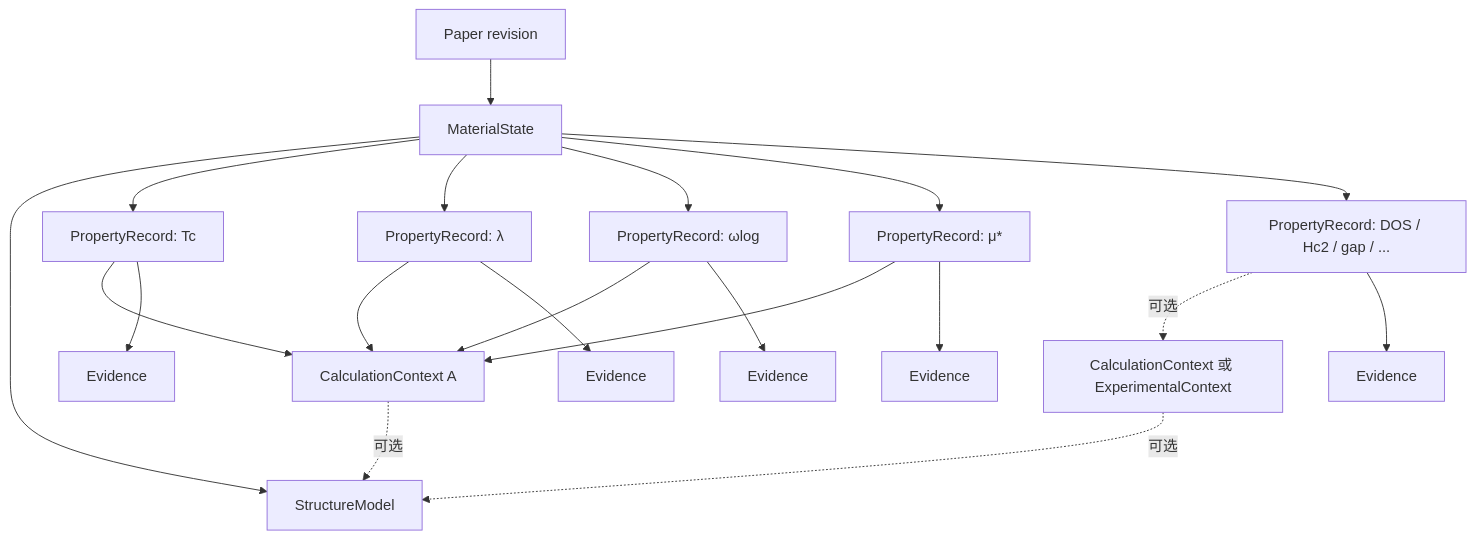
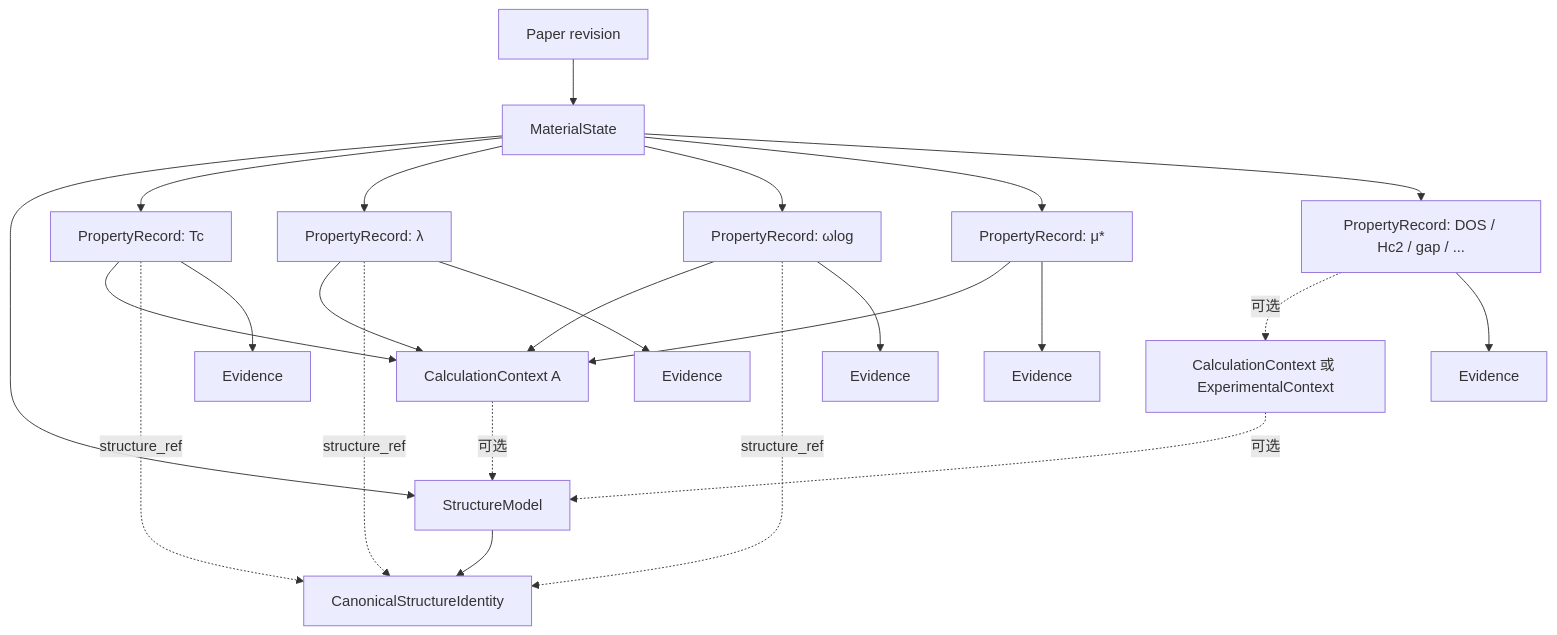
One commit to JLU-ICCMS-MaYuan/Conventional-SC-Dataset changed the diagram in docs/specs/90-unified-superconductor-properties/data-model.md. Above: the diagram before and after it, drawn with Mermaid. The commit also changed other lines of this file and 10 other files, not shown here.

````diff
--- a/docs/specs/90-unified-superconductor-properties/data-model.md
+++ b/docs/specs/90-unified-superconductor-properties/data-model.md
@@ -65,24 +85,28 @@
 ```mermaid
 flowchart TD
     P[Paper revision] --> MS[MaterialState]
     MS --> SM[StructureModel]
+    SM --> CSI[CanonicalStructureIdentity]
     MS --> PR1[PropertyRecord: Tc]
     MS --> PR2[PropertyRecord: λ]
     MS --> PR3[PropertyRecord: ωlog]
     MS --> PR4[PropertyRecord: μ*]
     MS --> PR5[PropertyRecord: DOS / Hc2 / gap / ...]
 
     PR1 --> C1[CalculationContext A]
     PR2 --> C1
     PR3 --> C1
     PR4 --> C1
     PR5 -. 可选 .-> C2[CalculationContext 或 ExperimentalContext]
 
     C1 -. 可选 .-> SM
     C2 -. 可选 .-> SM
+    PR1 -. structure_ref .-> CSI
+    PR2 -. structure_ref .-> CSI
+    PR3 -. structure_ref .-> CSI
     PR1 --> E1[Evidence]
     PR2 --> E2[Evidence]
     PR3 --> E3[Evidence]
     PR4 --> E4[Evidence]
     PR5 --> E5[Evidence]
 ```
````
